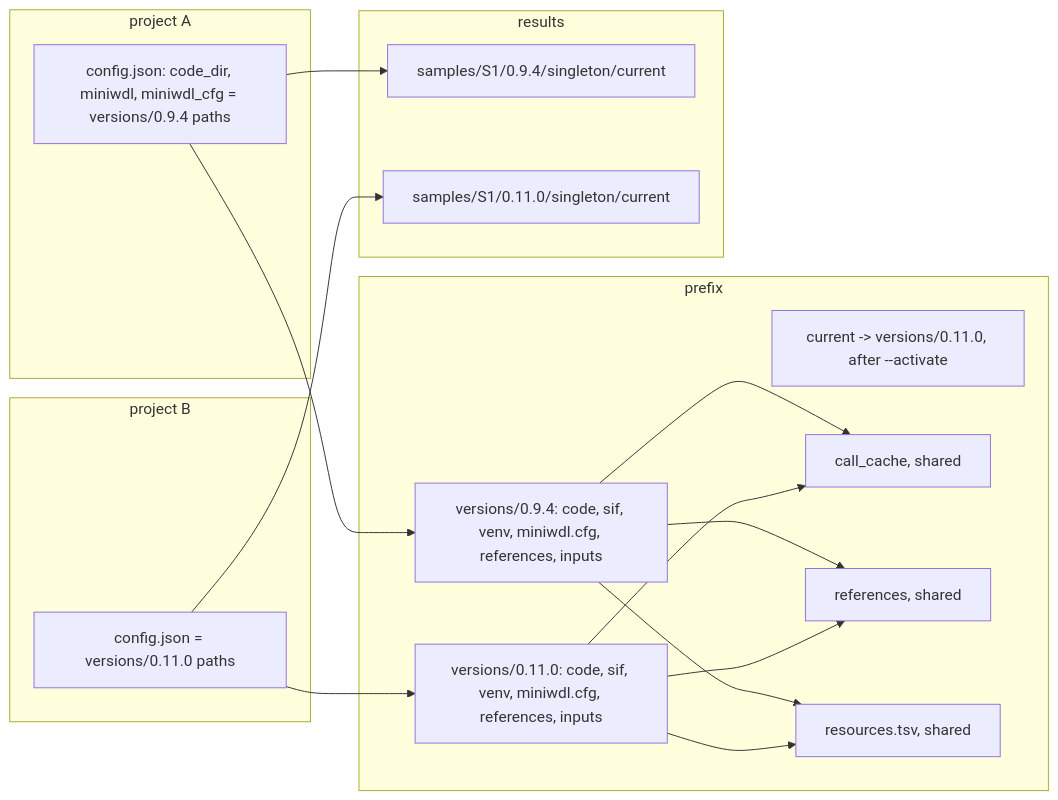
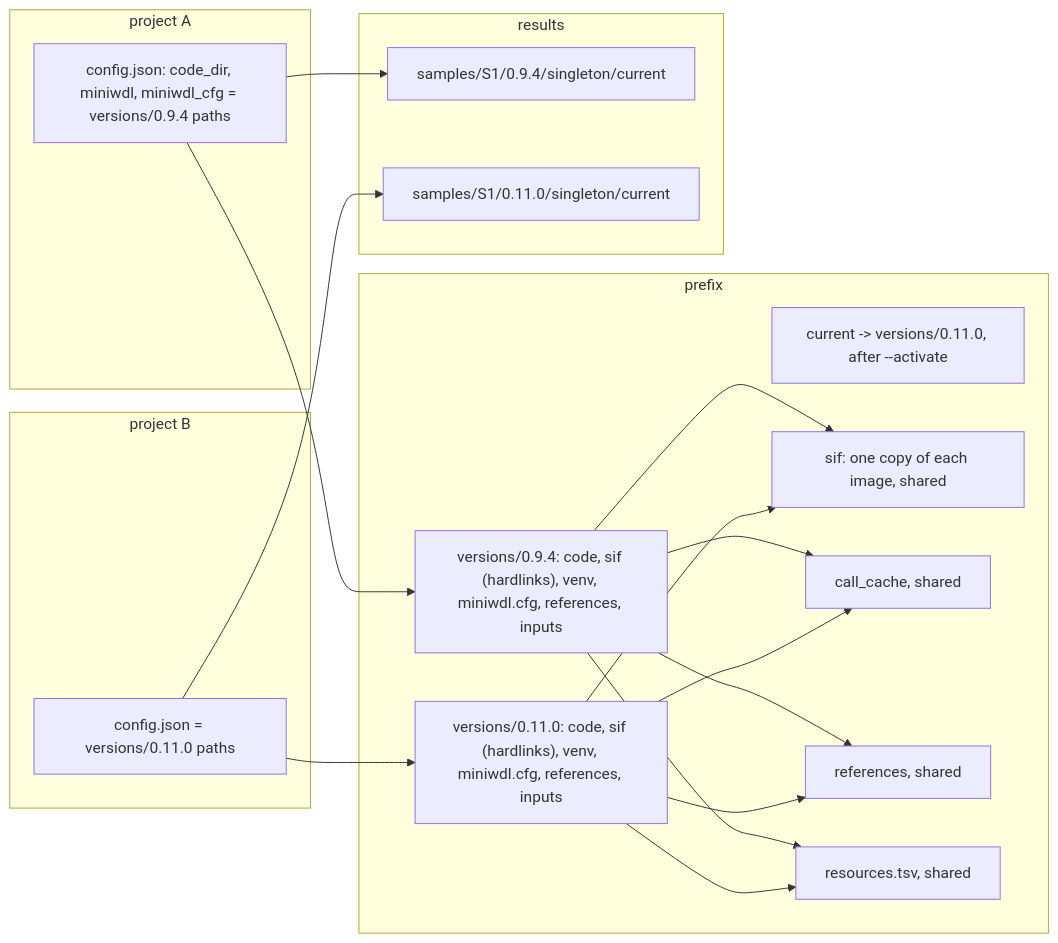
The diagram in docs/guide/10-upgrading.md (UppsalaGenomeCenter/ugc-wgw), drawn with Mermaid before and after one commit. The commit also changed other lines of this file and 73 other files, not shown here.

````diff
--- a/docs/guide/10-upgrading.md
+++ b/docs/guide/10-upgrading.md
@@ -5,31 +5,34 @@
 ```mermaid
 flowchart LR
   subgraph prefix["prefix"]
-    v1["versions/0.9.4: code, sif, venv, miniwdl.cfg, references, inputs"]
-    v2["versions/0.11.0: code, sif, venv, miniwdl.cfg, references, inputs"]
+    v1["versions/0.9.4: code, sif (hardlinks), venv, miniwdl.cfg, references, inputs"]
+    v2["versions/0.11.0: code, sif (hardlinks), venv, miniwdl.cfg, references, inputs"]
     cur["current -> versions/0.11.0, after --activate"]
+    store["sif: one copy of each image, shared"]
     cc["call_cache, shared"]
     refs["references, shared"]
     pol["resources.tsv, shared"]
   end
   subgraph proj["project A"]
     cfgA["config.json: code_dir, miniwdl, miniwdl_cfg = versions/0.9.4 paths"]
   end
   subgraph proj2["project B"]
     cfgB["config.json = versions/0.11.0 paths"]
   end
   subgraph res["results"]
     r1["samples/S1/0.9.4/singleton/current"]
     r2["samples/S1/0.11.0/singleton/current"]
   end
   cfgA --> v1
   cfgB --> v2
+  v1 --> store
+  v2 --> store
   v1 --> cc
   v2 --> cc
   v1 --> refs
   v2 --> refs
   v1 --> pol
   v2 --> pol
   cfgA --> r1
   cfgB --> r2
 ```
````
